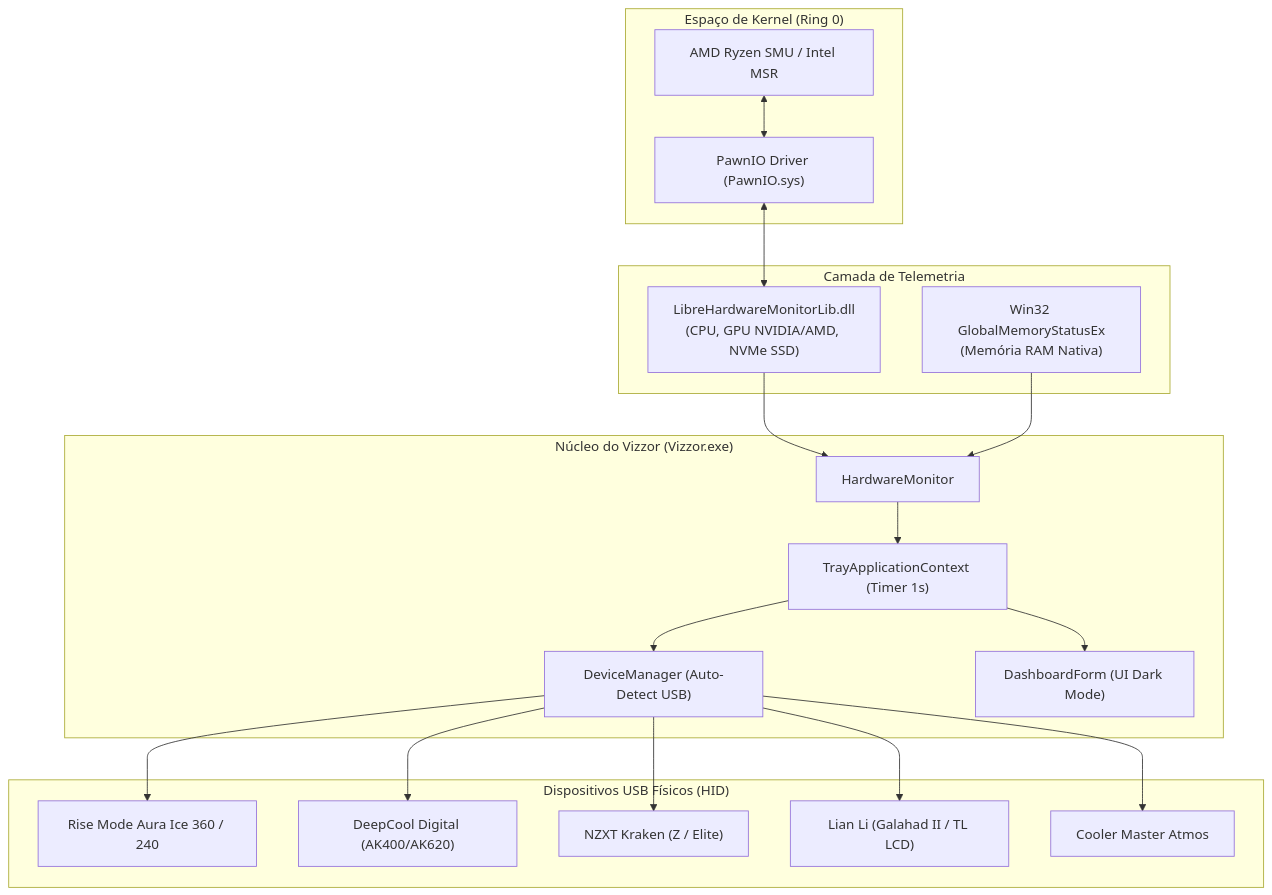
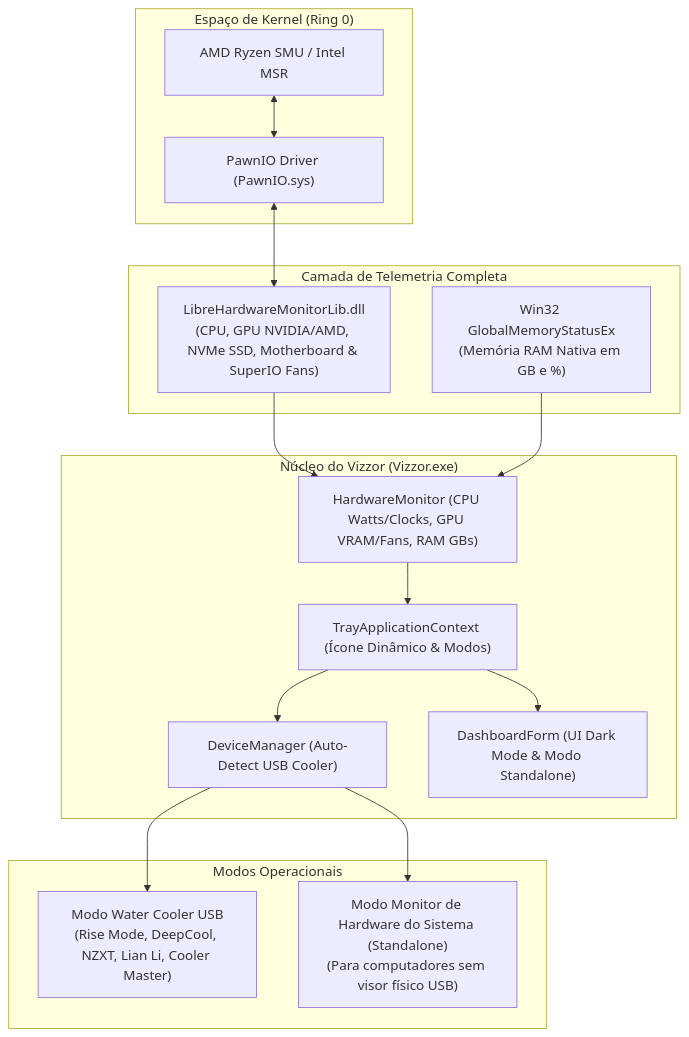
The diagram in docs/ARCHITECTURE.md (thegodKoDDa/vizzor), drawn with Mermaid before and after one commit. The commit also changed 10 other files, not shown here.

Commit message:
feat: add Standalone PC Telemetry mode, extended hardware specs, and unit test suite

````diff
--- a/docs/ARCHITECTURE.md
+++ b/docs/ARCHITECTURE.md
@@ -11,41 +11,34 @@
 ```mermaid
 flowchart TD
     subgraph KernelSpace ["Espaço de Kernel (Ring 0)"]
         RyzenSMU["AMD Ryzen SMU / Intel MSR"]
         PawnIO["PawnIO Driver (PawnIO.sys)"]
         RyzenSMU <--> PawnIO
     end
 
-    subgraph HardwareSensors ["Camada de Telemetria"]
-        LHM["LibreHardwareMonitorLib.dll<br/>(CPU, GPU NVIDIA/AMD, NVMe SSD)"]
-        Win32RAM["Win32 GlobalMemoryStatusEx<br/>(Memória RAM Nativa)"]
+    subgraph HardwareSensors ["Camada de Telemetria Completa"]
+        LHM["LibreHardwareMonitorLib.dll<br/>(CPU, GPU NVIDIA/AMD, NVMe SSD, Motherboard & SuperIO Fans)"]
+        Win32RAM["Win32 GlobalMemoryStatusEx<br/>(Memória RAM Nativa em GB e %)"]
         PawnIO <--> LHM
     end
 
     subgraph VizzorCore ["Núcleo do Vizzor (Vizzor.exe)"]
-        HWMgr["HardwareMonitor"]
-        DevMgr["DeviceManager (Auto-Detect USB)"]
-        Tray["TrayApplicationContext (Timer 1s)"]
-        Dash["DashboardForm (UI Dark Mode)"]
+        HWMgr["HardwareMonitor (CPU Watts/Clocks, GPU VRAM/Fans, RAM GBs)"]
+        DevMgr["DeviceManager (Auto-Detect USB Cooler)"]
+        Tray["TrayApplicationContext (Ícone Dinâmico & Modos)"]
+        Dash["DashboardForm (UI Dark Mode & Modo Standalone)"]
 
         LHM --> HWMgr
         Win32RAM --> HWMgr
         HWMgr --> Tray
         Tray --> Dash
         Tray --> DevMgr
     end
 
-    subgraph USBDevices ["Dispositivos USB Físicos (HID)"]
-        Rise["Rise Mode Aura Ice 360 / 240"]
-        DeepCool["DeepCool Digital (AK400/AK620)"]
-        NZXT["NZXT Kraken (Z / Elite)"]
-        LianLi["Lian Li (Galahad II / TL LCD)"]
-        CM["Cooler Master Atmos"]
-
-        DevMgr --> Rise
-        DevMgr --> DeepCool
-        DevMgr --> NZXT
-        DevMgr --> LianLi
-        DevMgr --> CM
+    subgraph Modes ["Modos Operacionais"]
+        CoolerMode["Modo Water Cooler USB<br/>(Rise Mode, DeepCool, NZXT, Lian Li, Cooler Master)"]
+        StandaloneMode["Modo Monitor de Hardware do Sistema (Standalone)<br/>(Para computadores sem visor físico USB)"]
+        DevMgr --> CoolerMode
+        DevMgr --> StandaloneMode
     end
 ```
````
